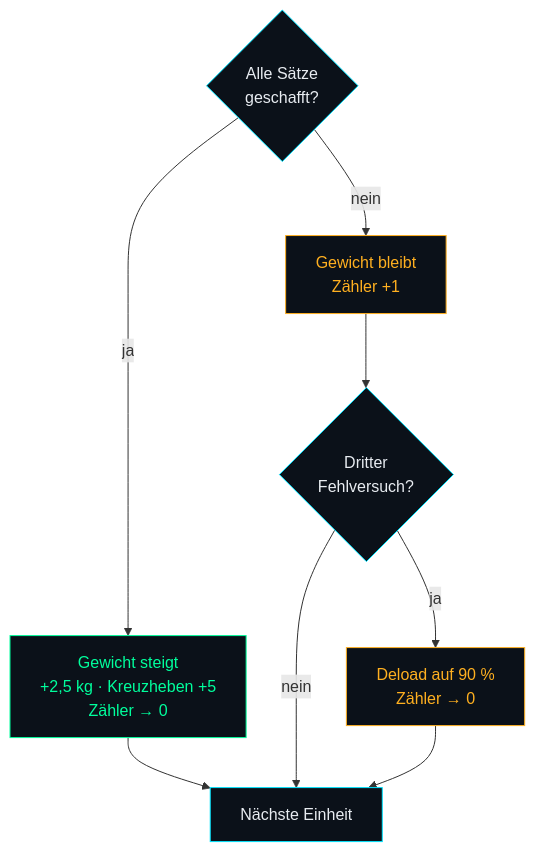
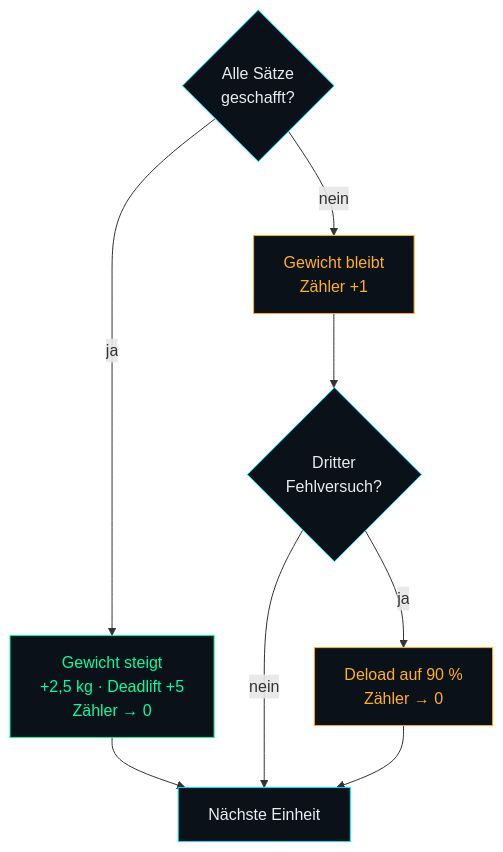
One commit to cyphomat/lifty changed the second of 2 diagrams in README.md. Above: the diagram before and after it, drawn with Mermaid. The commit also changed other lines of this file and 3 other files, not shown here.

````diff
--- a/README.md
+++ b/README.md
@@ -129,18 +101,18 @@
 ```mermaid
 flowchart TD
   E{"Alle Sätze<br/>geschafft?"}
-  E -->|ja| P["Gewicht steigt<br/>+2,5 kg · Kreuzheben +5<br/>Zähler → 0"]
+  E -->|ja| P["Gewicht steigt<br/>+2,5 kg · Deadlift +5<br/>Zähler → 0"]
   E -->|nein| F["Gewicht bleibt<br/>Zähler +1"]
   F --> G{"Dritter<br/>Fehlversuch?"}
   G -->|nein| W["Nächste Einheit"]
   G -->|ja| D["Deload auf 90 %<br/>Zähler → 0"]
   P --> W
   D --> W
 
   classDef gut fill:#0b1119,stroke:#00ff9d,color:#00ff9d
   classDef schlecht fill:#0b1119,stroke:#ffb020,color:#ffb020
   classDef frage fill:#0b1119,stroke:#00e5ff,color:#e8ecf1
   class P gut
   class F,D schlecht
   class E,G,W frage
 ```
````
